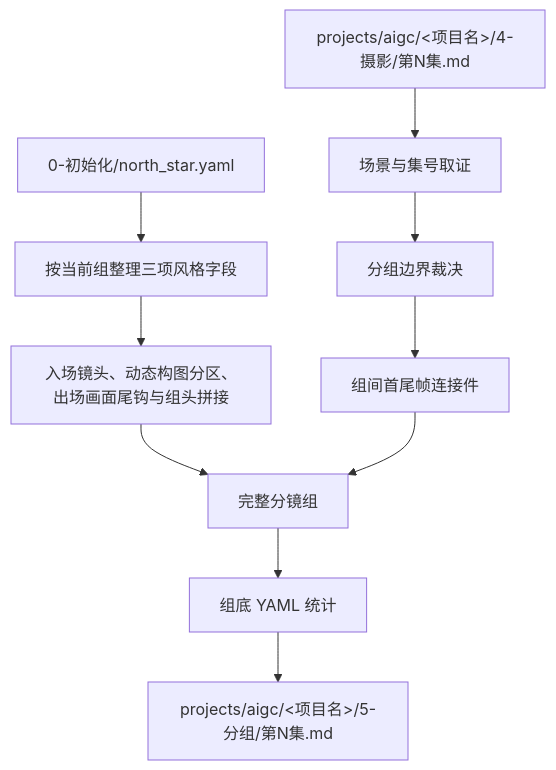
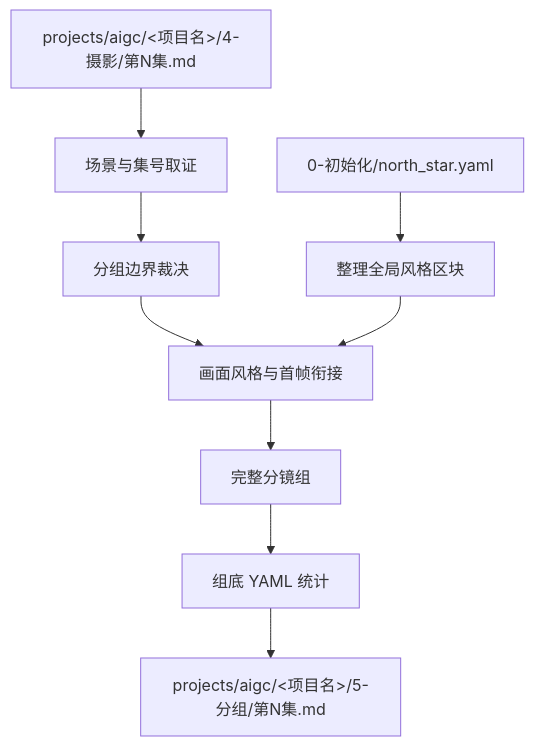
Before and after one commit to ZEN-VOID/AI-CUT: the first of 2 diagrams in .agents/skills/aigc/5-分组/SKILL.md, drawn with Mermaid. The commit also changed other lines of this file and 240 other files, not shown here.

````diff
--- a/.agents/skills/aigc/5-分组/SKILL.md
+++ b/.agents/skills/aigc/5-分组/SKILL.md
@@ -89,12 +92,11 @@
 ```mermaid
 flowchart TD
     A["projects/aigc/<项目名>/4-摄影/第N集.md"] --> B["场景与集号取证"]
-    C["0-初始化/north_star.yaml"] --> D["按当前组整理三项风格字段"]
+    C["0-初始化/north_star.yaml"] --> D["整理全局风格区块"]
     B --> E["分组边界裁决"]
-    D --> F["入场镜头、动态构图分区、出场画面尾钩与组头拼接"]
-    E --> G["组间首尾帧连接件"]
+    E --> F["画面风格与首帧衔接"]
+    D --> F
     F --> H["完整分镜组"]
-    G --> H
     H --> I["组底 YAML 统计"]
     I --> J["projects/aigc/<项目名>/5-分组/第N集.md"]
 ```
````
